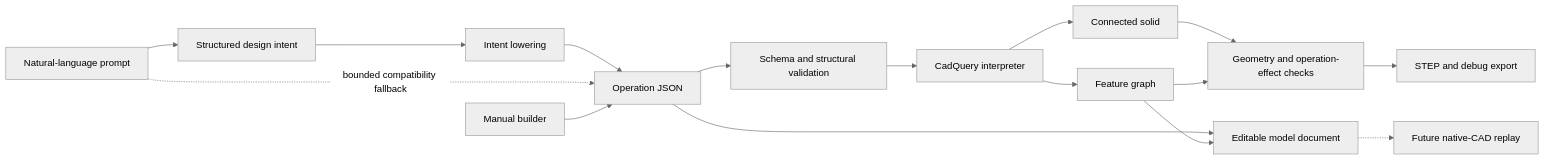
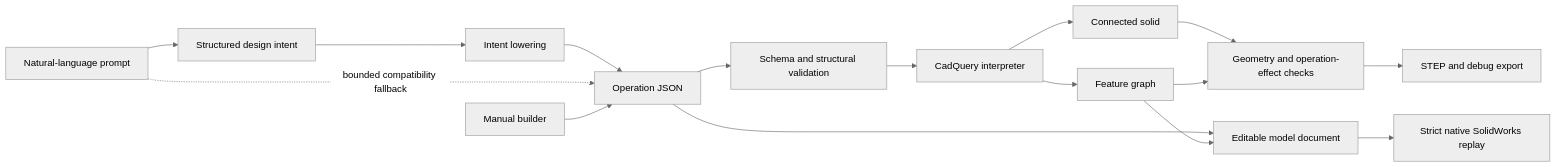
Before and after one commit to DrewTobias27/Prompt2ParametricCAD: the diagram in docs/architecture.md, drawn with Mermaid (neutral theme). The commit also changed other lines of this file and 16 other files, not shown here.

Commit message:
Add native SolidWorks replay with editable patterns

````diff
--- a/docs/architecture.md
+++ b/docs/architecture.md
@@ -8,18 +8,18 @@
 ```mermaid
 flowchart LR
     P["Natural-language prompt"] --> I["Structured design intent"]
     I --> L["Intent lowering"]
     L --> J["Operation JSON"]
     P -. "bounded compatibility fallback" .-> J
     M["Manual builder"] --> J
     J --> V["Schema and structural validation"]
     V --> B["CadQuery interpreter"]
     B --> S["Connected solid"]
     B --> G["Feature graph"]
     J --> D["Editable model document"]
     G --> D
     S --> Q["Geometry and operation-effect checks"]
     G --> Q
     Q --> E["STEP and debug export"]
-    D -.-> N["Future native-CAD replay"]
+    D --> N["Strict native SolidWorks replay"]
 ```
````
